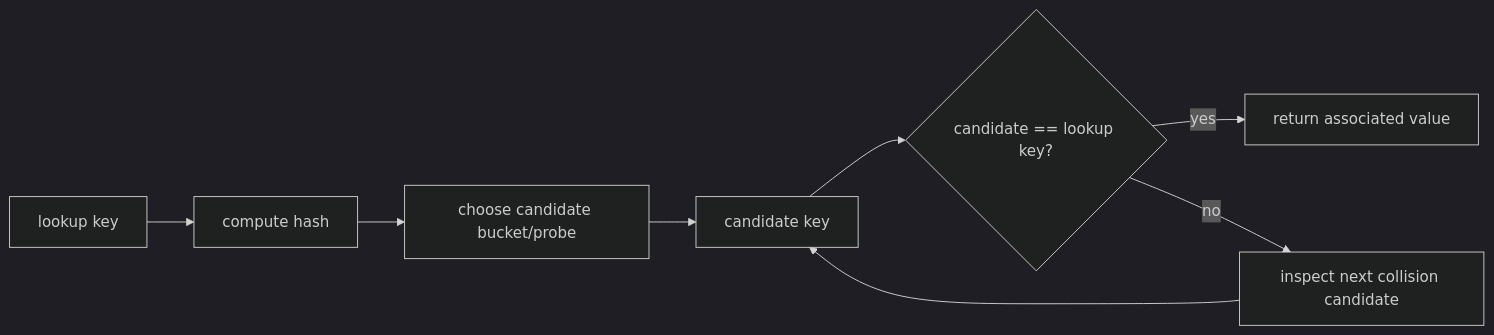
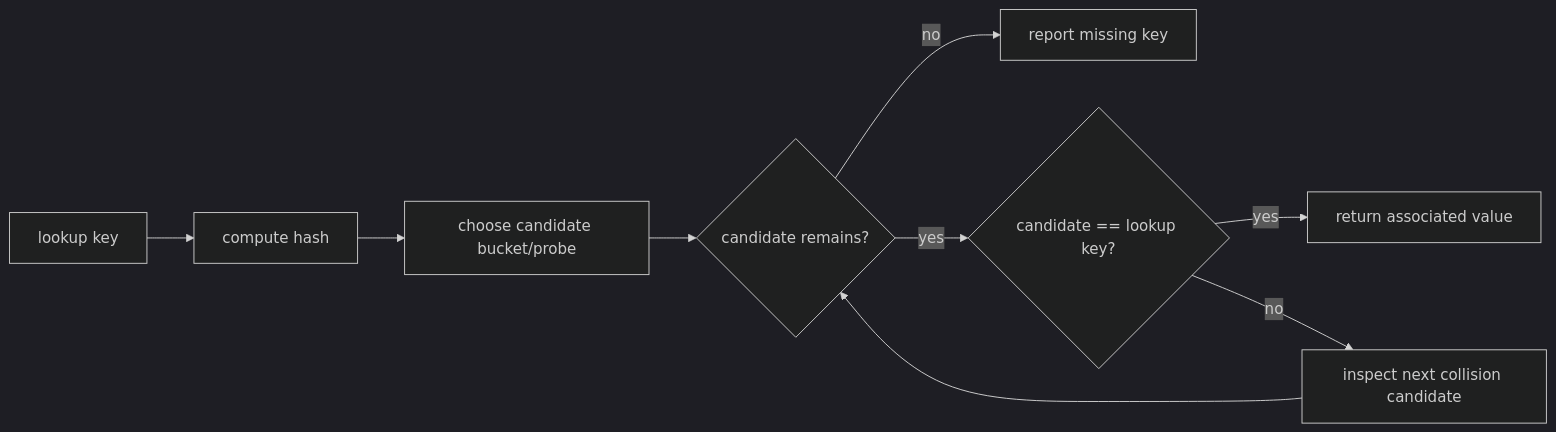
The fourth of 9 diagrams in content/modules/08_hashing_dictionaries_sets_indexing.md (michaeliu3/atlas-academy-python-cs), drawn with Mermaid (dark theme) before and after one commit. The commit also changed other lines of this file and 8 other files, not shown here.

````diff
--- a/content/modules/08_hashing_dictionaries_sets_indexing.md
+++ b/content/modules/08_hashing_dictionaries_sets_indexing.md
@@ -266,10 +275,14 @@
 ```mermaid
+%% atlas-diagram-id: m08-hash-lookup-equality-check
+%% atlas-diagram-title: Hashing finds candidates while equality confirms a matching key
+%% atlas-diagram-alt: A lookup key is hashed to choose a bucket or probe. The search either finds another candidate to compare for equality, returns the associated value after a match, advances after a nonmatch, or reports the key missing when no candidate remains.
 flowchart LR
     KEY["lookup key"] --> HASH["compute hash"]
     HASH --> INDEX["choose candidate bucket/probe"]
-    INDEX --> CAND["candidate key"]
-    CAND --> EQ{"candidate == lookup key?"}
+    INDEX --> CAND{"candidate remains?"}
+    CAND -- "no" --> MISSING["report missing key"]
+    CAND -- "yes" --> EQ{"candidate == lookup key?"}
     EQ -- "yes" --> FOUND["return associated value"]
     EQ -- "no" --> NEXT["inspect next collision candidate"]
     NEXT --> CAND
 ```
````
